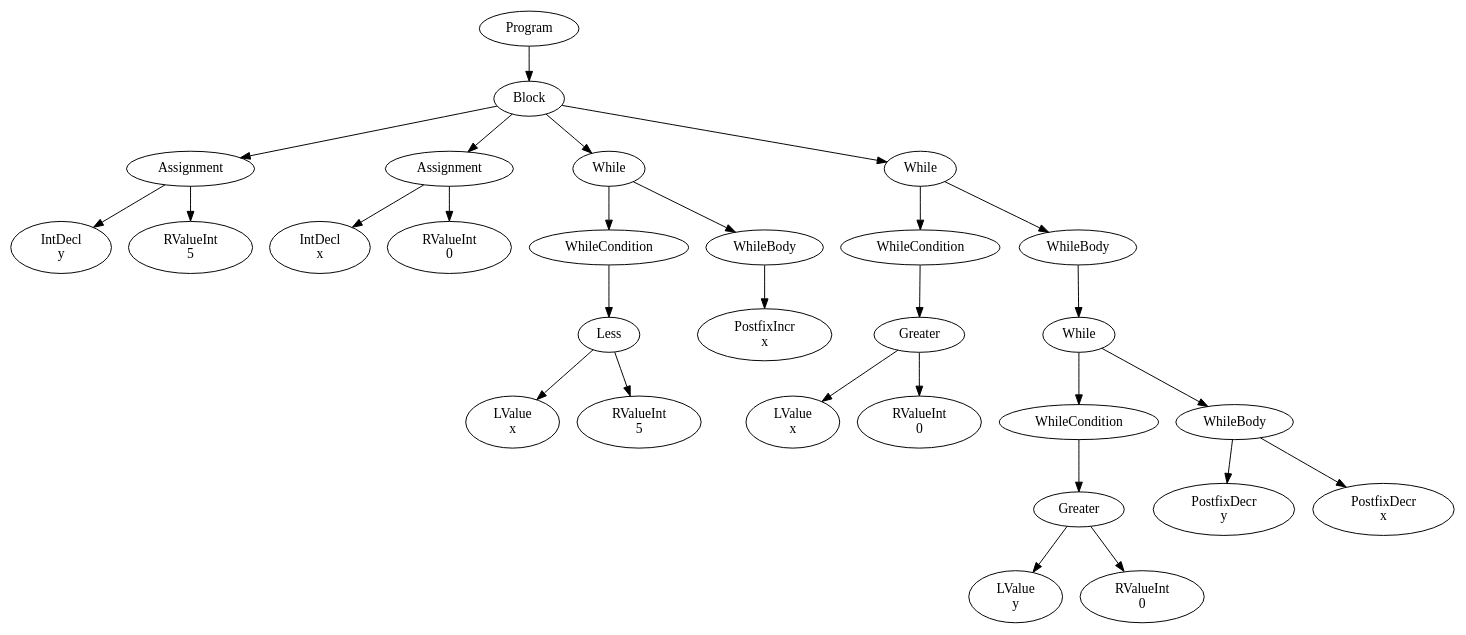
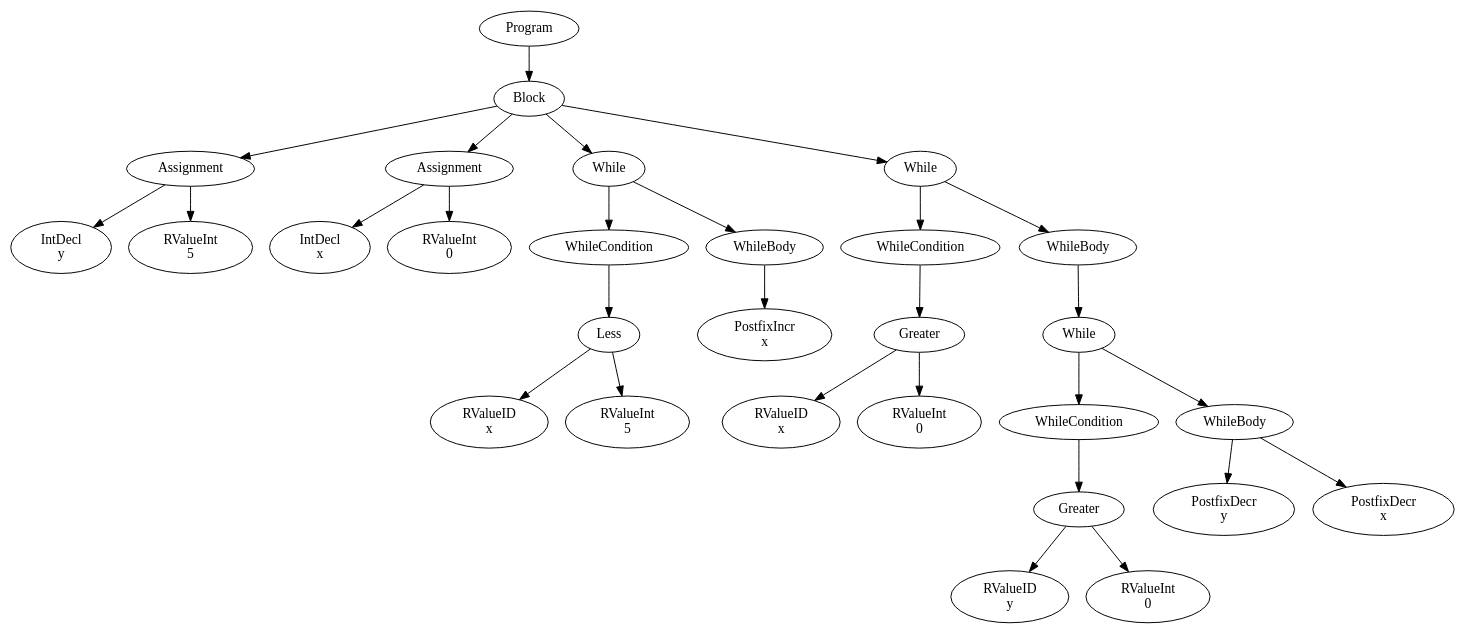
Before and after one commit to FedericoQuin/Compilers: the diagram in official/res/solutions/while.dot, drawn with Graphviz. The commit also changed 2 other files, not shown here.

```diff
--- a/official/res/solutions/while.dot
+++ b/official/res/solutions/while.dot
@@ -1,59 +1,59 @@
 digraph AST {
 0 [label="Program"];
 1 [label="Block"];
 2 [label="Assignment"];
 3 [label="IntDecl \ny"];
 4 [label="RValueInt \n5"];
 2 -> 3;
 2 -> 4;
 5 [label="Assignment"];
 6 [label="IntDecl \nx"];
 7 [label="RValueInt \n0"];
 5 -> 6;
 5 -> 7;
 8 [label="While"];
 9 [label="WhileCondition"];
 10 [label="Less"];
-11 [label="LValue \nx"];
+11 [label="RValueID \nx"];
 12 [label="RValueInt \n5"];
 10 -> 11;
 10 -> 12;
 9 -> 10;
 13 [label="WhileBody"];
 14 [label="PostfixIncr \nx"];
 13 -> 14;
 8 -> 9;
 8 -> 13;
 15 [label="While"];
 16 [label="WhileCondition"];
 17 [label="Greater"];
-18 [label="LValue \nx"];
+18 [label="RValueID \nx"];
 19 [label="RValueInt \n0"];
 17 -> 18;
 17 -> 19;
 16 -> 17;
 20 [label="WhileBody"];
 21 [label="While"];
 22 [label="WhileCondition"];
 23 [label="Greater"];
-24 [label="LValue \ny"];
+24 [label="RValueID \ny"];
 25 [label="RValueInt \n0"];
 23 -> 24;
 23 -> 25;
 22 -> 23;
 26 [label="WhileBody"];
 27 [label="PostfixDecr \ny"];
 28 [label="PostfixDecr \nx"];
 26 -> 27;
 26 -> 28;
 21 -> 22;
 21 -> 26;
 20 -> 21;
 15 -> 16;
 15 -> 20;
 1 -> 2;
 1 -> 5;
 1 -> 8;
 1 -> 15;
 0 -> 1;
 }
```
